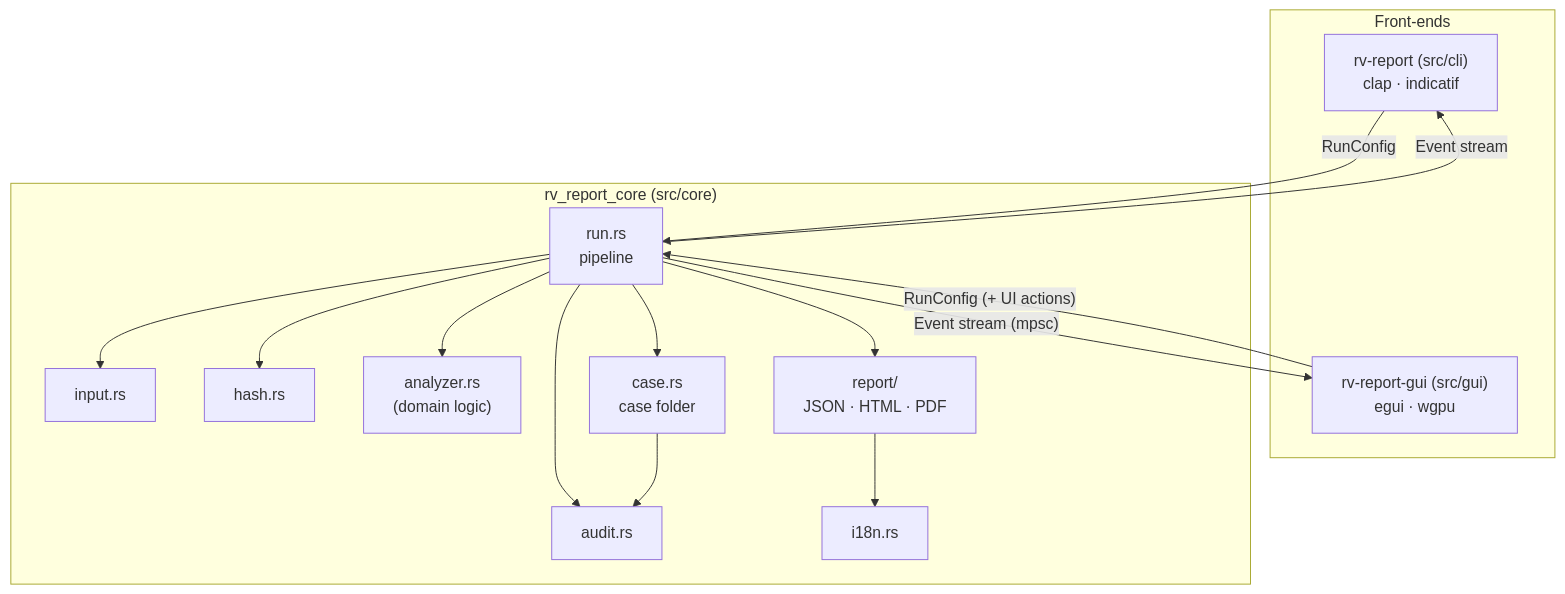
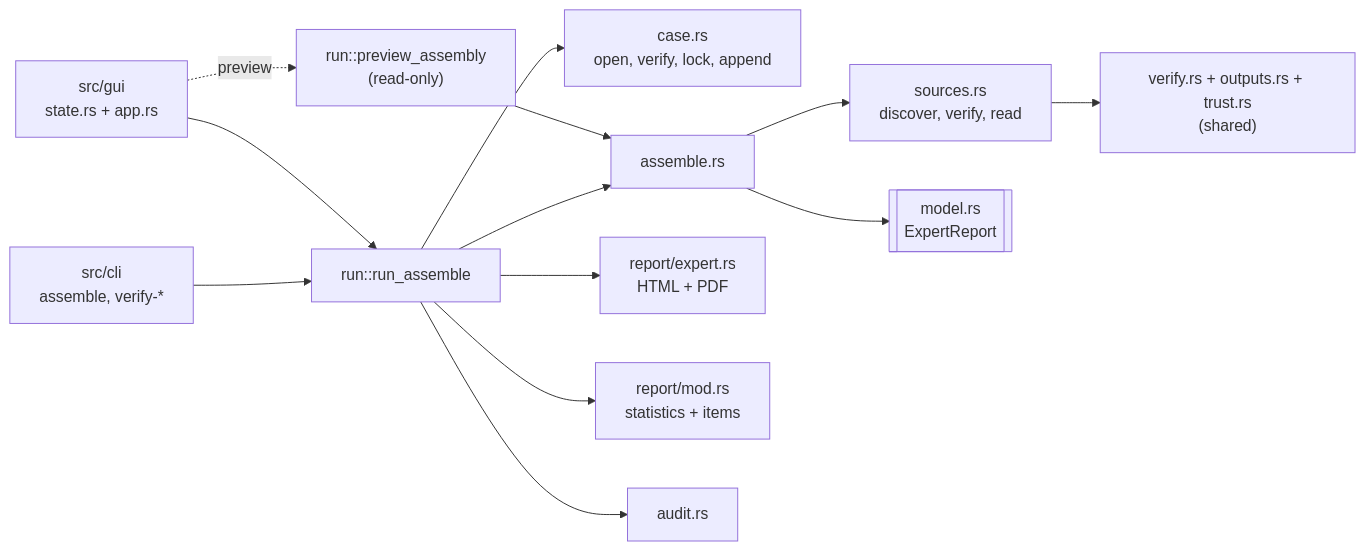
One commit to Panacota96/rv-report changed the first of 3 diagrams in docs/architecture.md. Above: the diagram before and after it, drawn with Mermaid. The commit also changed other lines of this file and 240 other files, not shown here.

First line of the commit message:
feat: RV Report v0.1 — expert report assembled from a verified case (#7)

````diff
--- a/docs/architecture.md
+++ b/docs/architecture.md
@@ -7,24 +6,15 @@
 ```mermaid
-flowchart TB
-    subgraph Front-ends
-        CLI["rv-report (src/cli)<br/>clap · indicatif"]
-        GUI["rv-report-gui (src/gui)<br/>egui · wgpu"]
-    end
-    subgraph Core["rv_report_core (src/core)"]
-        RUN["run.rs<br/>pipeline"]
-        IN["input.rs"]
-        H["hash.rs"]
-        AN["analyzer.rs<br/>(domain logic)"]
-        AU["audit.rs"]
-        CA["case.rs<br/>case folder"]
-        REP["report/<br/>JSON · HTML · PDF"]
-        I18N["i18n.rs"]
-    end
-    CLI -- RunConfig --> RUN
-    GUI -- "RunConfig (+ UI actions)" --> RUN
-    RUN -- "Event stream" --> CLI
-    RUN -- "Event stream (mpsc)" --> GUI
-    RUN --> IN & H & AN & AU & REP & CA
-    CA --> AU
-    REP --> I18N
+flowchart LR
+    CLI["src/cli<br/>assemble, verify-*"] --> RUN
+    GUI["src/gui<br/>state.rs + app.rs"] --> RUN
+    GUI -. preview .-> PRE["run::preview_assembly<br/>(read-only)"]
+    RUN["run::run_assemble"] --> CASE["case.rs<br/>open, verify, lock, append"]
+    RUN --> ASM["assemble.rs"]
+    PRE --> ASM
+    ASM --> SRC["sources.rs<br/>discover, verify, read"]
+    SRC --> VER["verify.rs + outputs.rs + trust.rs<br/>(shared)"]
+    ASM --> MOD[["model.rs<br/>ExpertReport"]]
+    RUN --> EXP["report/expert.rs<br/>HTML + PDF"]
+    RUN --> REP["report/mod.rs<br/>statistics + items"]
+    RUN --> AUD["audit.rs"]
 ```
````
